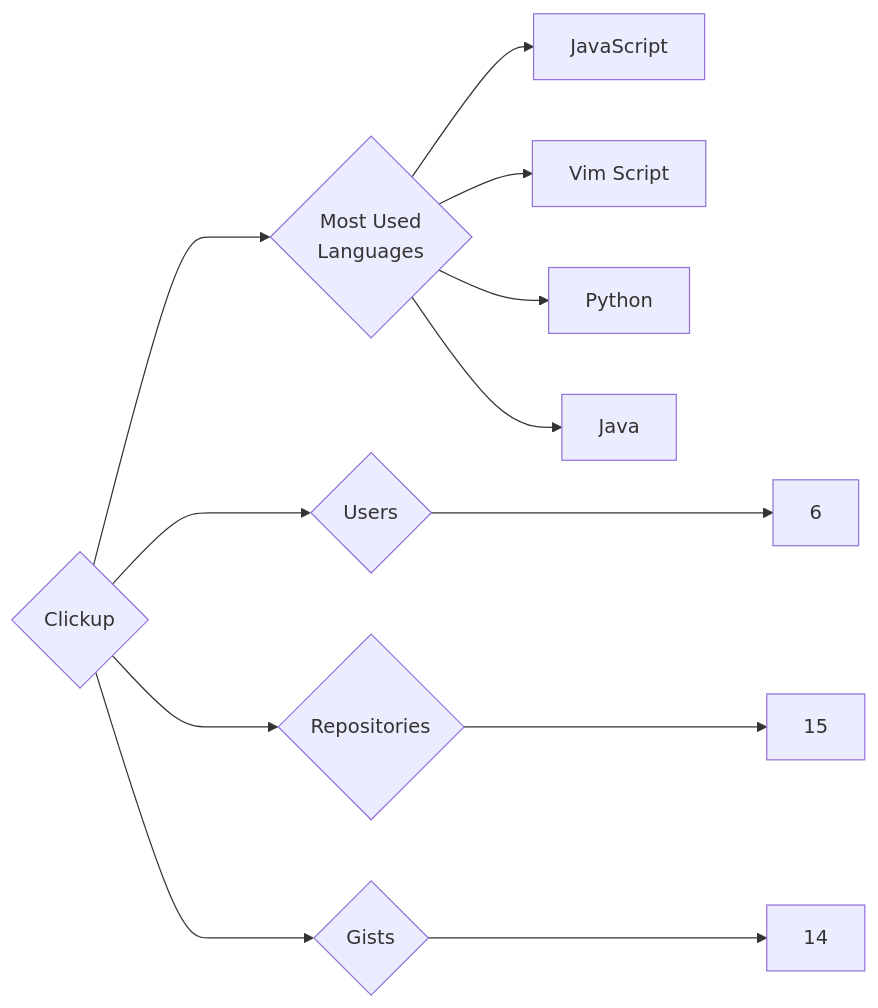
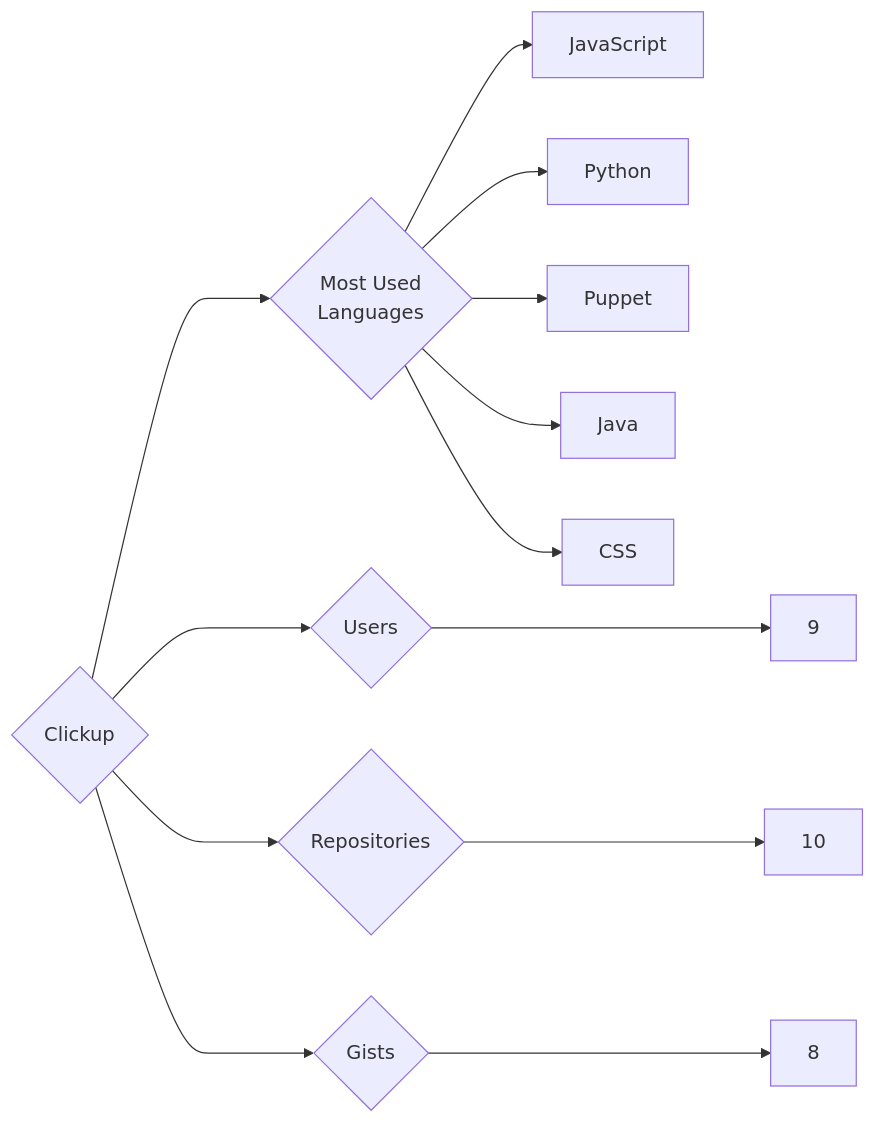
The diagram in targets/Clickup/README.md (trickest/insiders), drawn with Mermaid before and after one commit. The commit also changed 938 other files, not shown here.

````diff
--- a/targets/Clickup/README.md
+++ b/targets/Clickup/README.md
@@ -3,12 +3,13 @@
 ```mermaid
 graph LR
 COMPANY_NAME{Clickup}
-COMPANY_NAME ---> U{Users} ---> UN[6]
-COMPANY_NAME ---> R{Repositories} ---> RN[15]
-COMPANY_NAME ---> G{Gists} ---> GN[14]
+COMPANY_NAME ---> U{Users} ---> UN[9]
+COMPANY_NAME ---> R{Repositories} ---> RN[10]
+COMPANY_NAME ---> G{Gists} ---> GN[8]
 COMPANY_NAME ---> ML{Most Used<br>Languages}
 ML --> JavaScript[JavaScript]
-ML --> Vim_Script[Vim Script]
 ML --> Python[Python]
+ML --> Puppet[Puppet]
 ML --> Java[Java]
+ML --> CSS[CSS]
 ```
````
